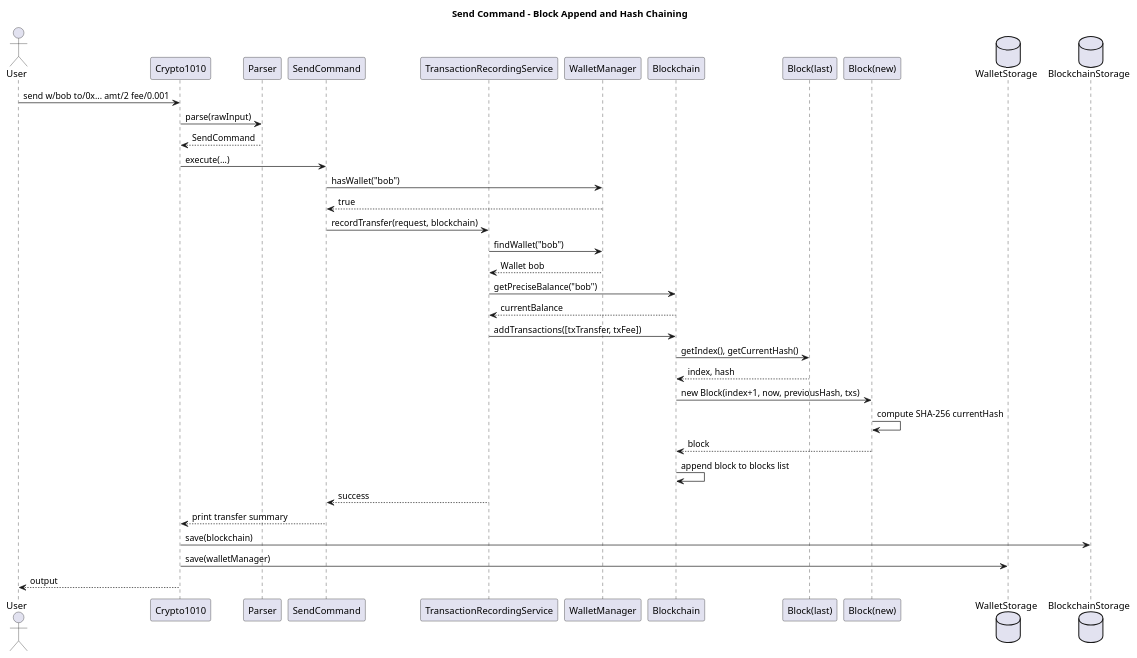
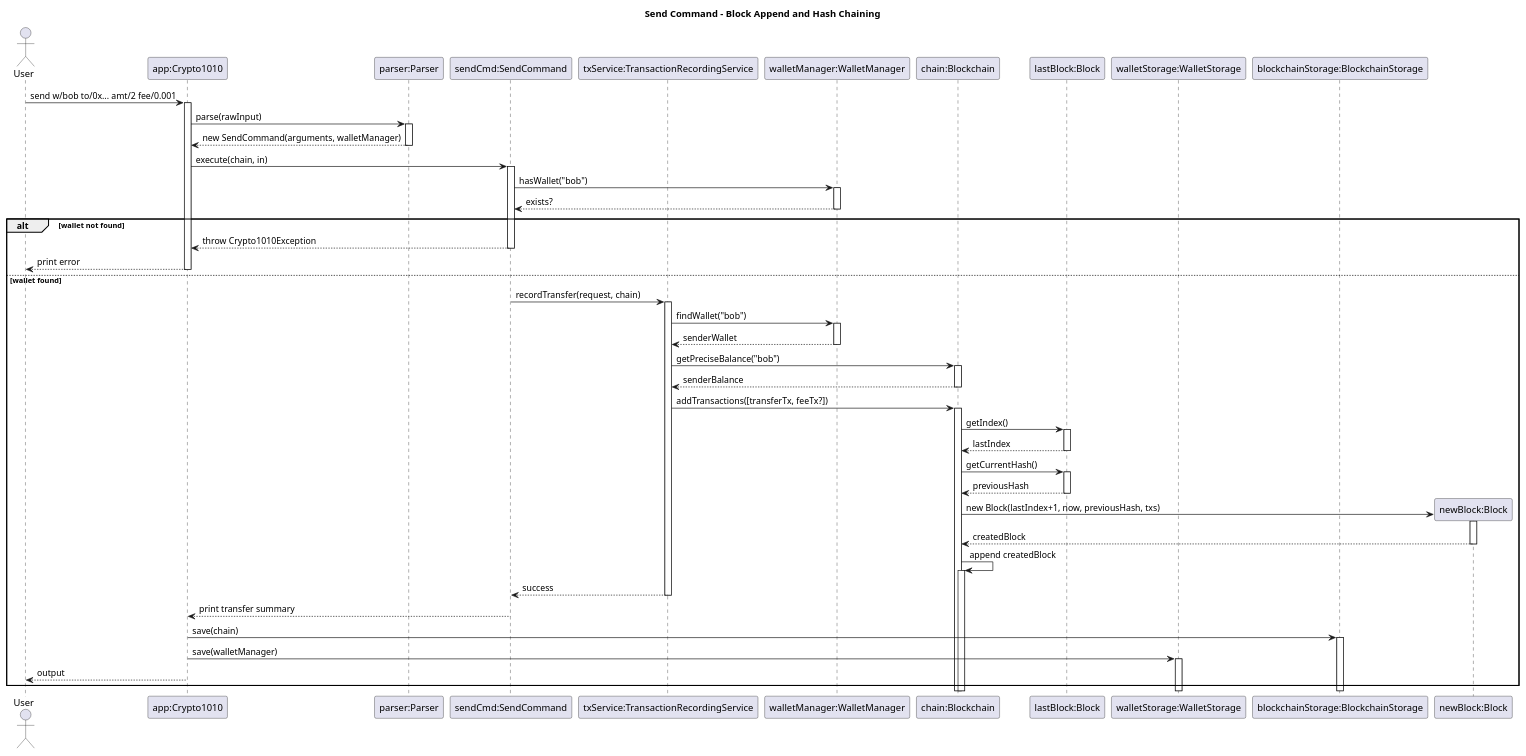
The diagram in docs/diagrams/BlockAppendOnSendSequence.puml (Anormalm/tp), drawn with PlantUML before and after one commit. The commit also changed 14 other files, not shown here.

Commit message:
Improve DG architecture and UML coverage

```diff
--- a/docs/diagrams/BlockAppendOnSendSequence.puml
+++ b/docs/diagrams/BlockAppendOnSendSequence.puml
@@ -1,43 +1,51 @@
 @startuml
 title Send Command - Block Append and Hash Chaining
+autoactivate on
 
 actor User
-participant "Crypto1010" as App
-participant "Parser" as Parser
-participant "SendCommand" as Send
-participant "TransactionRecordingService" as Service
-participant "WalletManager" as WM
-participant "Blockchain" as Chain
-participant "Block(last)" as LastBlock
-participant "Block(new)" as NewBlock
-database "WalletStorage" as WS
-database "BlockchainStorage" as BS
+participant "app:Crypto1010" as App
+participant "parser:Parser" as Parser
+participant "sendCmd:SendCommand" as Send
+participant "txService:TransactionRecordingService" as Service
+participant "walletManager:WalletManager" as WM
+participant "chain:Blockchain" as Chain
+participant "lastBlock:Block" as LastBlock
+participant "walletStorage:WalletStorage" as WS
+participant "blockchainStorage:BlockchainStorage" as BS
 
 User -> App: send w/bob to/0x... amt/2 fee/0.001
 App -> Parser: parse(rawInput)
-Parser --> App: SendCommand
-App -> Send: execute(...)
+Parser --> App: new SendCommand(arguments, walletManager)
+App -> Send: execute(chain, in)
+
 Send -> WM: hasWallet("bob")
-WM --> Send: true
-Send -> Service: recordTransfer(request, blockchain)
+WM --> Send: exists?
+alt wallet not found
+  Send --> App: throw Crypto1010Exception
+  App --> User: print error
+else wallet found
+  Send -> Service: recordTransfer(request, chain)
+  Service -> WM: findWallet("bob")
+  WM --> Service: senderWallet
+  Service -> Chain: getPreciseBalance("bob")
+  Chain --> Service: senderBalance
+  Service -> Chain: addTransactions([transferTx, feeTx?])
 
-Service -> WM: findWallet("bob")
-WM --> Service: Wallet bob
-Service -> Chain: getPreciseBalance("bob")
-Chain --> Service: currentBalance
-Service -> Chain: addTransactions([txTransfer, txFee])
+  Chain -> LastBlock: getIndex()
+  LastBlock --> Chain: lastIndex
+  Chain -> LastBlock: getCurrentHash()
+  LastBlock --> Chain: previousHash
 
-Chain -> LastBlock: getIndex(), getCurrentHash()
-LastBlock --> Chain: index, hash
-Chain -> NewBlock: new Block(index+1, now, previousHash, txs)
-NewBlock -> NewBlock: compute SHA-256 currentHash
-NewBlock --> Chain: block
-Chain -> Chain: append block to blocks list
+  create "newBlock:Block" as NewBlock
+  Chain -> NewBlock: new Block(lastIndex+1, now, previousHash, txs)
+  NewBlock --> Chain: createdBlock
+  Chain -> Chain: append createdBlock
 
-Service --> Send: success
-Send --> App: print transfer summary
-App -> BS: save(blockchain)
-App -> WS: save(walletManager)
-App --> User: output
+  Service --> Send: success
+  Send --> App: print transfer summary
+  App -> BS: save(chain)
+  App -> WS: save(walletManager)
+  App --> User: output
+end
 
 @enduml
```
